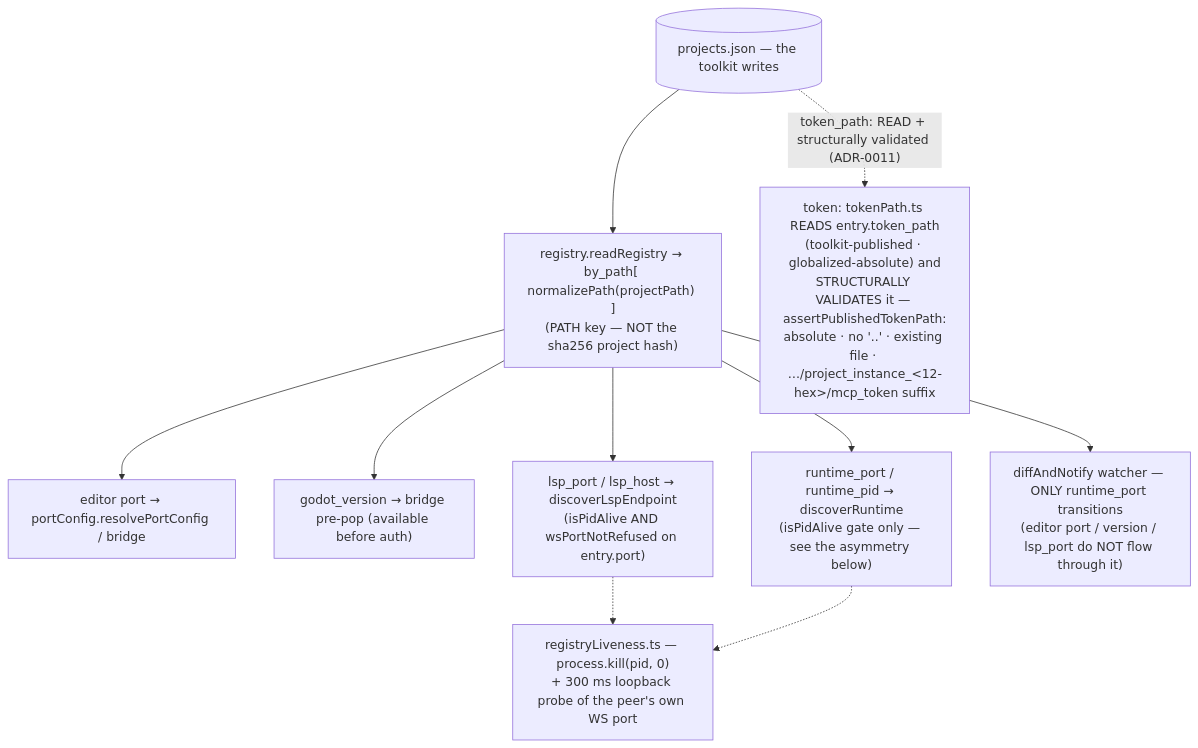
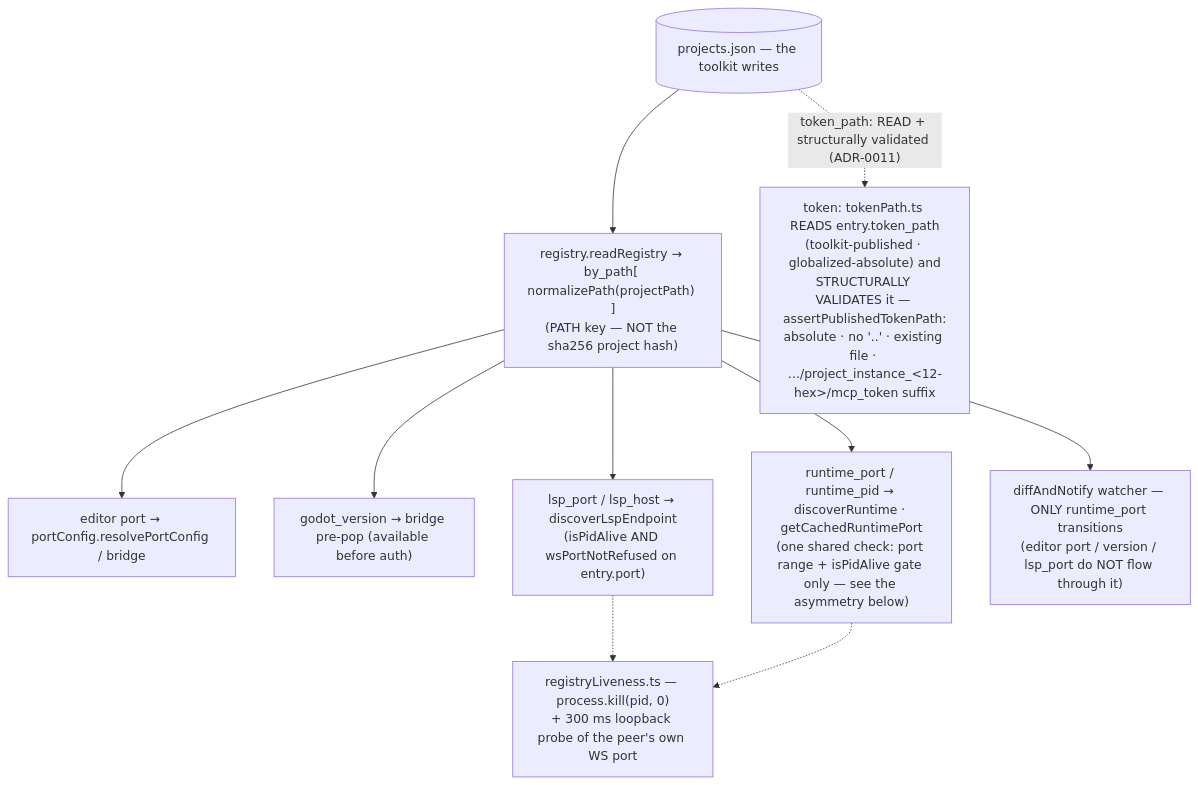
One commit to NPGameDev/godot-mcp-server changed diagram 11 of 13 in docs/architecture/README.md. Above: the diagram before and after it, drawn with Mermaid. The commit also changed other lines of this file, not shown here.

Commit message:
docs(arch): re-attest the figures that depict runtime-port discovery

````diff
--- a/docs/architecture/README.md
+++ b/docs/architecture/README.md
@@ -643,13 +643,13 @@
 ```mermaid
 flowchart TD
     pj[("projects.json — the toolkit writes")] --> read["registry.readRegistry → by_path[ normalizePath(projectPath) ]<br/>(PATH key — NOT the sha256 project hash)"]
     read --> port["editor port → portConfig.resolvePortConfig / bridge"]
     read --> ver["godot_version → bridge pre-pop (available before auth)"]
-    read --> rport["runtime_port / runtime_pid → discoverRuntime<br/>(isPidAlive gate only — see the asymmetry below)"]
+    read --> rport["runtime_port / runtime_pid → discoverRuntime · getCachedRuntimePort<br/>(one shared check: port range + isPidAlive gate only — see the asymmetry below)"]
     read --> lsp["lsp_port / lsp_host → discoverLspEndpoint<br/>(isPidAlive AND wsPortNotRefused on entry.port)"]
     read --> watch["diffAndNotify watcher — ONLY runtime_port transitions<br/>(editor port / version / lsp_port do NOT flow through it)"]
     lsp -.-> live["registryLiveness.ts — process.kill(pid, 0)<br/>+ 300 ms loopback probe of the peer's own WS port"]
     rport -.-> live
     tok["token: tokenPath.ts READS entry.token_path<br/>(toolkit-published · globalized-absolute) and<br/>STRUCTURALLY VALIDATES it — assertPublishedTokenPath:<br/>absolute · no '..' · existing file · …/project_instance_&lt;12-hex&gt;/mcp_token suffix"]
     pj -. "token_path: READ + structurally validated (ADR-0011)" .-> tok
 ```
````
